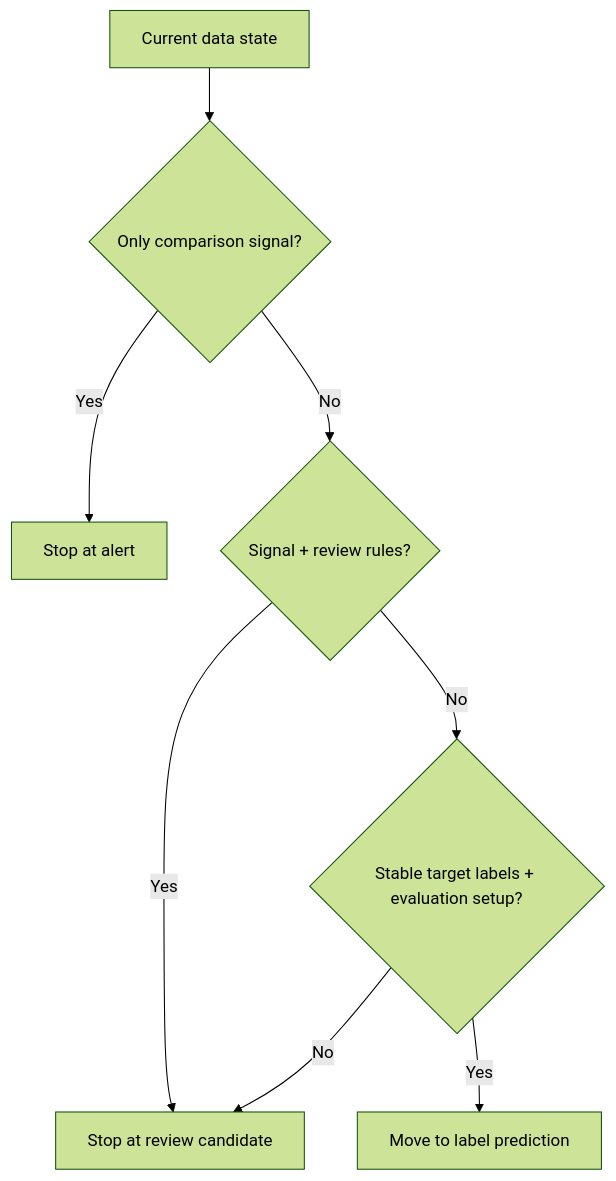
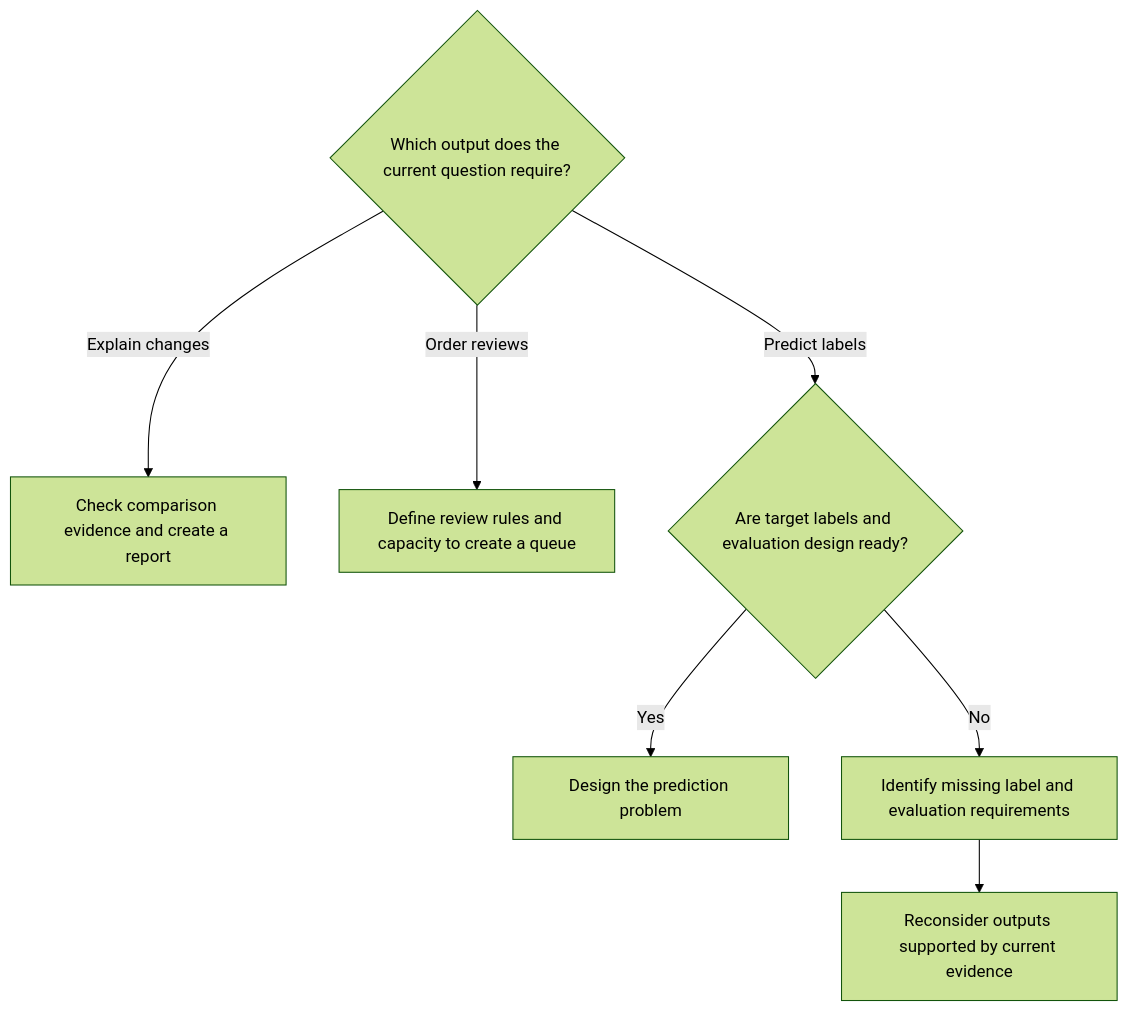
The diagram in docs/assets/part-03/chapter-09/p3-9-1-mermaid-01-en.mmd (devchan64/AiBook), drawn with Mermaid (forest theme) before and after one commit. The commit also changed 216 other files, not shown here.

Commit message:
Review Part 3 explanations and improve diagram readability

```diff
--- a/docs/assets/part-03/chapter-09/p3-9-1-mermaid-01-en.mmd
+++ b/docs/assets/part-03/chapter-09/p3-9-1-mermaid-01-en.mmd
@@ -1,9 +1,8 @@
 flowchart TD
-    A[Current data state]
-    A --> B{Only comparison signal?}
-    B -->|Yes| C[Stop at alert]
-    B -->|No| D{Signal + review rules?}
-    D -->|Yes| E[Stop at review candidate]
-    D -->|No| F{Stable target labels + evaluation setup?}
-    F -->|Yes| G[Move to label prediction]
-    F -->|No| E
+    A{Which output does the current question require?}
+    A -->|Explain changes| B[Check comparison evidence and create a report]
+    A -->|Order reviews| C[Define review rules and capacity to create a queue]
+    A -->|Predict labels| D{Are target labels and evaluation design ready?}
+    D -->|Yes| E[Design the prediction problem]
+    D -->|No| F[Identify missing label and evaluation requirements]
+    F --> G[Reconsider outputs supported by current evidence]
```
